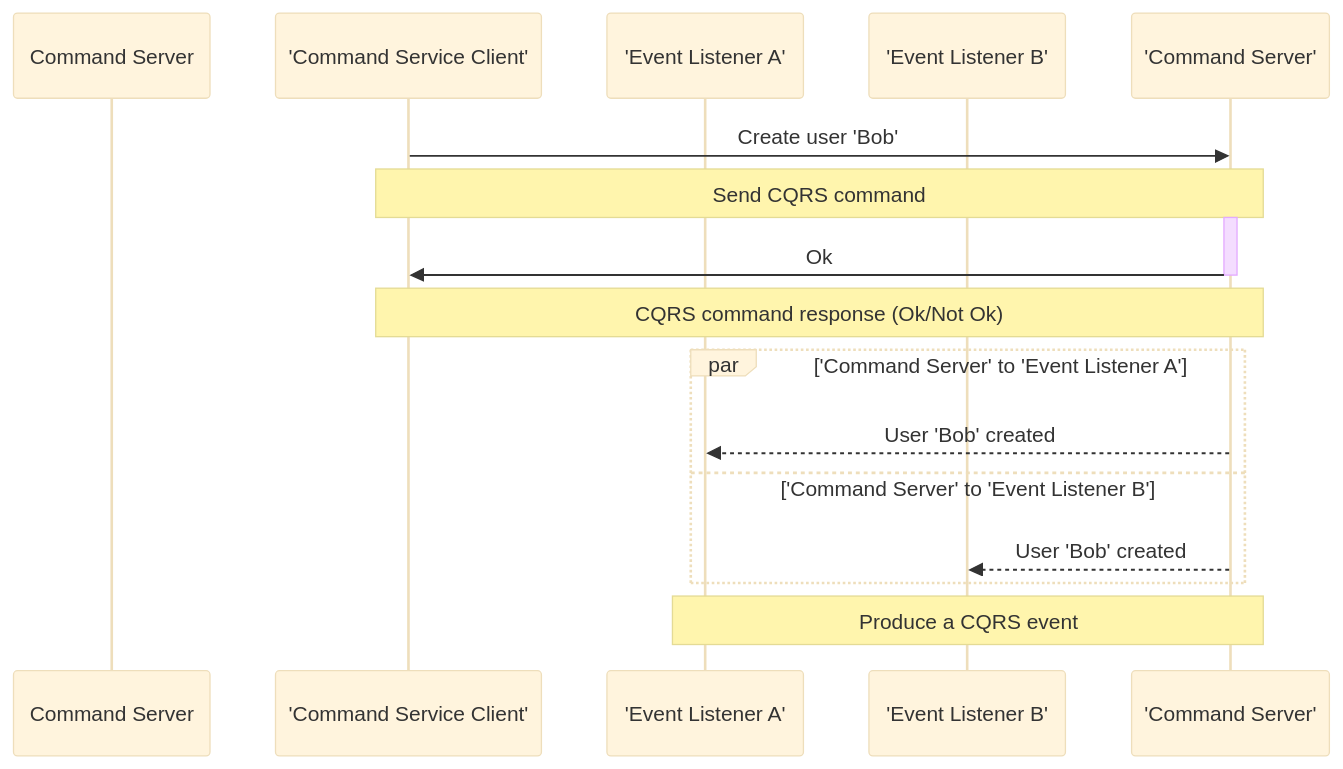
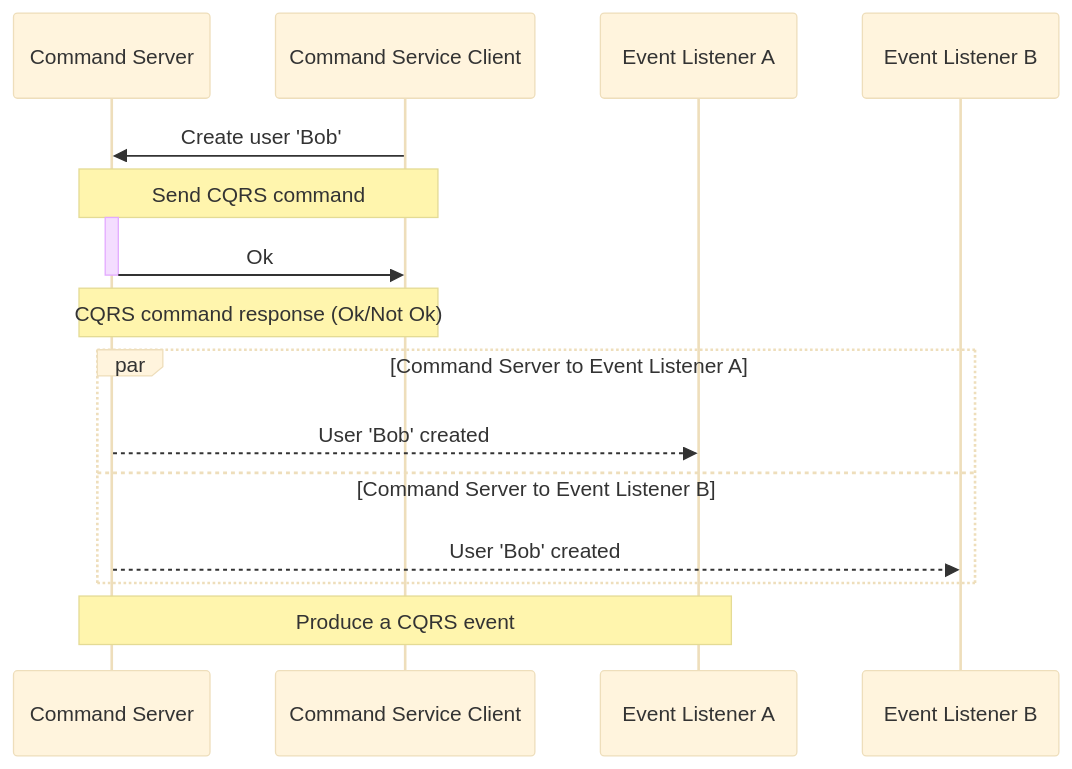
One commit to phil3k3/philiplimbeck.dev changed the diagram in Personal/_projects/2018-06-30-cqrs-rust.md. Above: the diagram before and after it, drawn with Mermaid (base theme).

Commit message:
Remove quotes

```diff
--- a/Personal/_projects/2018-06-30-cqrs-rust.md
+++ b/Personal/_projects/2018-06-30-cqrs-rust.md
@@ -33,19 +33,19 @@
 <pre class="mermaid">
 sequenceDiagram
     participant Command Server
-    participant 'Command Service Client'
-    participant 'Event Listener A'
-    participant 'Event Listener B'
-    'Command Service Client'->>'Command Server': Create user 'Bob'
-    Note over 'Command Service Client','Command Server': Send CQRS command
-    activate 'Command Server'
-    'Command Server'->>'Command Service Client': Ok
-    deactivate 'Command Server'
-    Note over 'Command Server','Command Service Client': CQRS command response (Ok/Not Ok)
-    par 'Command Server' to 'Event Listener A'
-        'Command Server'-->>'Event Listener A': User 'Bob' created
-    and 'Command Server' to 'Event Listener B'
-        'Command Server'-->>'Event Listener B': User 'Bob' created
+    participant Command Service Client
+    participant Event Listener A
+    participant Event Listener B
+    Command Service Client->>Command Server: Create user 'Bob'
+    Note over Command Service Client,Command Server: Send CQRS command
+    activate Command Server
+    Command Server->>Command Service Client: Ok
+    deactivate Command Server
+    Note over Command Server,Command Service Client: CQRS command response (Ok/Not Ok)
+    par Command Server to Event Listener A
+        Command Server-->>Event Listener A: User 'Bob' created
+    and Command Server to Event Listener B
+        Command Server-->>Event Listener B: User 'Bob' created
     end
-    Note over 'Command Server','Event Listener A': Produce a CQRS event
+    Note over Command Server,Event Listener A: Produce a CQRS event
 </pre>
```
